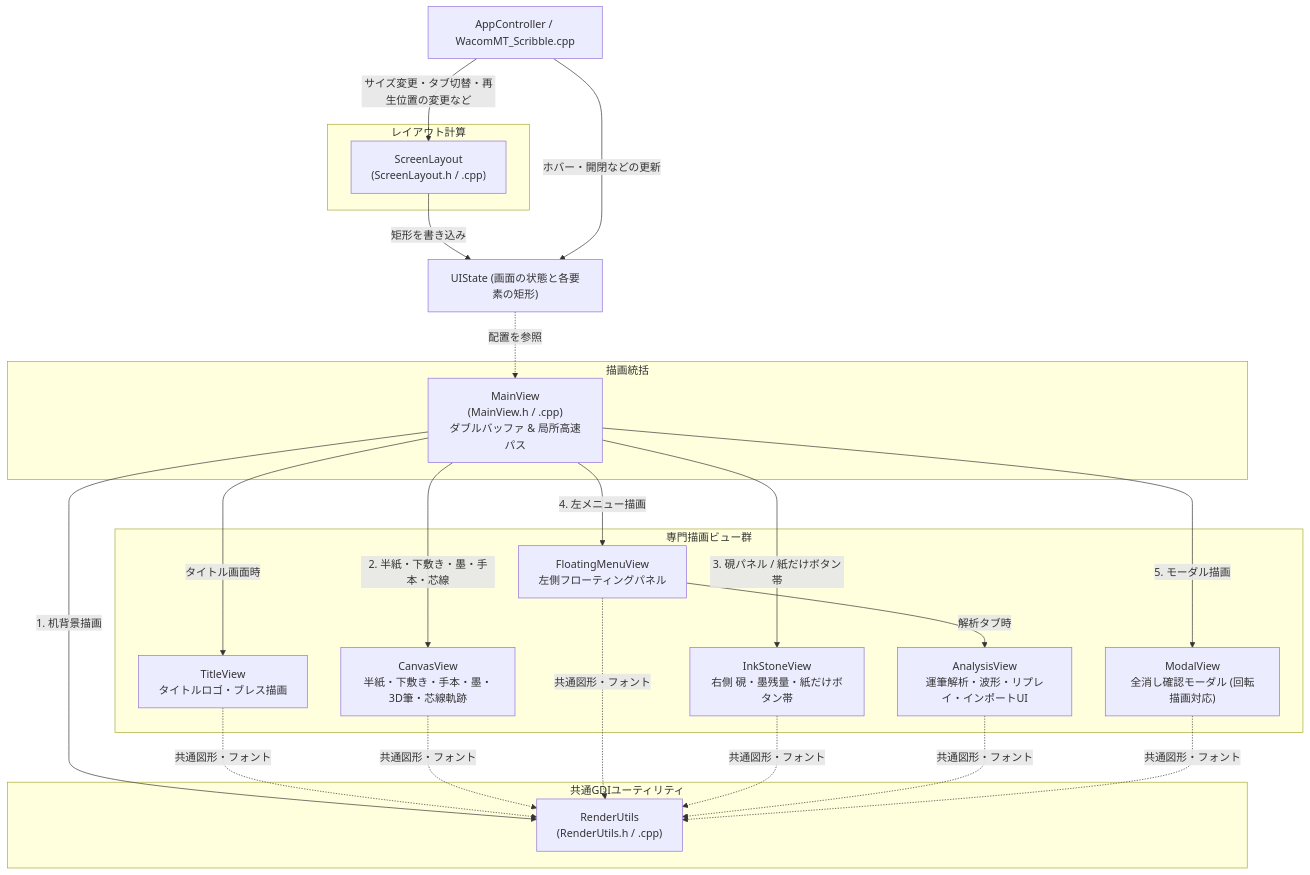
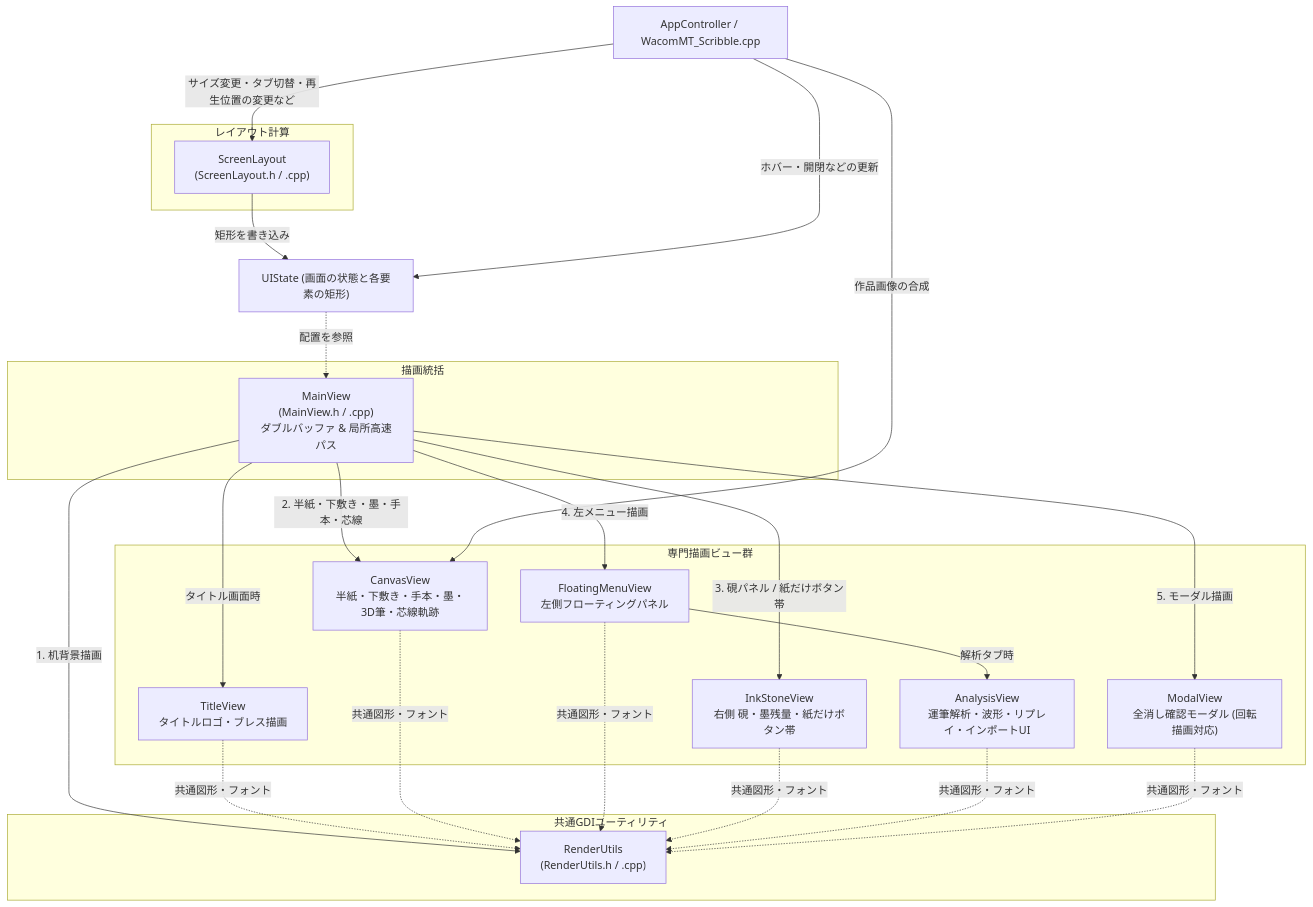
One commit to OkuboKazuki/Fude_Sense changed the diagram in learn/views.md. Above: the diagram before and after it, drawn with Mermaid. The commit also changed other lines of this file and 2 other files, not shown here.

````diff
--- a/learn/views.md
+++ b/learn/views.md
@@ -11,46 +11,47 @@
 ```mermaid
 graph TD
     subgraph MainPresenter ["描画統括"]
         MV["MainView<br>(MainView.h / .cpp)<br>ダブルバッファ & 局所高速パス"]
     end
 
     subgraph SpecializedViews ["専門描画ビュー群"]
         TV["TitleView<br>タイトルロゴ・ブレス描画"]
         CV["CanvasView<br>半紙・下敷き・手本・墨・3D筆・芯線軌跡"]
         FV["FloatingMenuView<br>左側フローティングパネル"]
         IV["InkStoneView<br>右側 硯・墨残量・紙だけボタン帯"]
         AV["AnalysisView<br>運筆解析・波形・リプレイ・インポートUI"]
         MODV["ModalView<br>全消し確認モーダル (回転描画対応)"]
     end
 
     subgraph CommonUtil ["共通GDIユーティリティ"]
         RU["RenderUtils<br>(RenderUtils.h / .cpp)"]
     end
 
     subgraph LayoutCalc ["レイアウト計算"]
         SL["ScreenLayout<br>(ScreenLayout.h / .cpp)"]
     end
 
     Caller["AppController / WacomMT_Scribble.cpp"]
     UIStateNode["UIState (画面の状態と各要素の矩形)"]
 
     MV -->|タイトル画面時| TV
     MV -->|1. 机背景描画| RU
     MV -->|2. 半紙・下敷き・墨・手本・芯線| CV
     MV -->|3. 硯パネル / 紙だけボタン帯| IV
     MV -->|4. 左メニュー描画| FV
     FV -->|解析タブ時| AV
     MV -->|5. モーダル描画| MODV
 
     TV -.->|共通図形・フォント| RU
     CV -.->|共通図形・フォント| RU
     FV -.->|共通図形・フォント| RU
     IV -.->|共通図形・フォント| RU
     AV -.->|共通図形・フォント| RU
     MODV -.->|共通図形・フォント| RU
 
     Caller -->|サイズ変更・タブ切替・再生位置の変更など| SL
     SL -->|矩形を書き込み| UIStateNode
     Caller -->|ホバー・開閉などの更新| UIStateNode
+    Caller -->|作品画像の合成| CV
     UIStateNode -.->|配置を参照| MV
 ```
````
